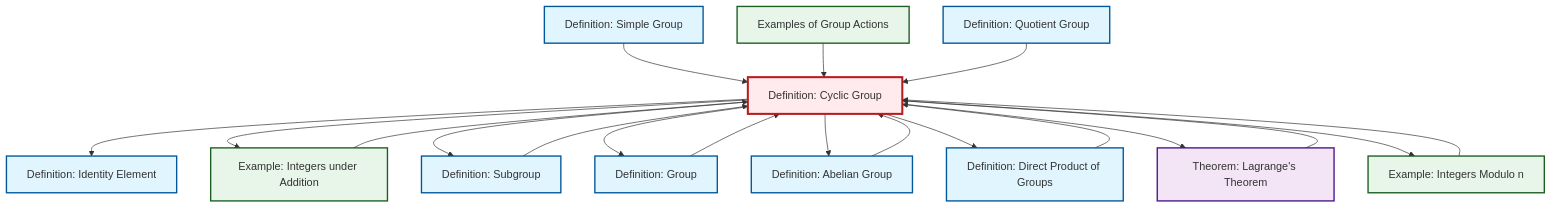
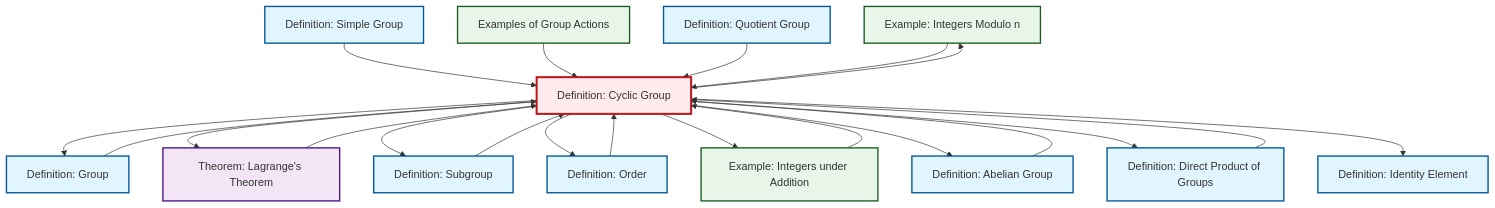
The diagram in content/en/algebra/def-cyclic-group.qmd (RK0429/ModernMath), drawn with Mermaid before and after one commit. The commit also changed other lines of this file and 36 other files, not shown here.

````diff
--- a/content/en/algebra/def-cyclic-group.qmd
+++ b/content/en/algebra/def-cyclic-group.qmd
@@ -97,51 +100,55 @@
 ```{mermaid}
 %%| fig-cap: "Local dependency graph"
 graph TD
     classDef definition fill:#e1f5fe,stroke:#01579b,stroke-width:2px
     classDef theorem fill:#f3e5f5,stroke:#4a148c,stroke-width:2px
     classDef axiom fill:#fff3e0,stroke:#e65100,stroke-width:2px
     classDef example fill:#e8f5e9,stroke:#1b5e20,stroke-width:2px
     classDef current fill:#ffebee,stroke:#b71c1c,stroke-width:3px
+    ex-quotient-integers-mod-n["Example: Integers Modulo n"]:::example
+    def-group["Definition: Group"]:::definition
+    def-cyclic-group["Definition: Cyclic Group"]:::definition
+    thm-lagrange["Theorem: Lagrange's Theorem"]:::theorem
     def-quotient-group["Definition: Quotient Group"]:::definition
+    def-subgroup["Definition: Subgroup"]:::definition
+    def-order["Definition: Order"]:::definition
+    def-simple-group["Definition: Simple Group"]:::definition
     def-direct-product["Definition: Direct Product of Groups"]:::definition
+    def-identity-element["Definition: Identity Element"]:::definition
+    ex-integers-addition["Example: Integers under Addition"]:::example
     def-abelian-group["Definition: Abelian Group"]:::definition
-    def-subgroup["Definition: Subgroup"]:::definition
-    ex-integers-addition["Example: Integers under Addition"]:::example
-    def-cyclic-group["Definition: Cyclic Group"]:::definition
-    ex-quotient-integers-mod-n["Example: Integers Modulo n"]:::example
-    def-simple-group["Definition: Simple Group"]:::definition
-    def-group["Definition: Group"]:::definition
     ex-group-action-examples["Examples of Group Actions"]:::example
-    thm-lagrange["Theorem: Lagrange's Theorem"]:::theorem
-    def-identity-element["Definition: Identity Element"]:::definition
+    def-direct-product --> def-cyclic-group
     def-simple-group --> def-cyclic-group
+    def-order --> def-cyclic-group
+    def-group --> def-cyclic-group
+    def-cyclic-group --> def-group
+    ex-group-action-examples --> def-cyclic-group
+    def-cyclic-group --> thm-lagrange
+    def-cyclic-group --> def-subgroup
+    def-cyclic-group --> def-order
+    def-cyclic-group --> ex-integers-addition
+    def-cyclic-group --> def-abelian-group
+    def-quotient-group --> def-cyclic-group
+    def-abelian-group --> def-cyclic-group
     ex-integers-addition --> def-cyclic-group
-    ex-group-action-examples --> def-cyclic-group
+    def-subgroup --> def-cyclic-group
+    def-cyclic-group --> def-direct-product
+    def-cyclic-group --> def-identity-element
+    def-cyclic-group --> ex-quotient-integers-mod-n
+    thm-lagrange --> def-cyclic-group
     ex-quotient-integers-mod-n --> def-cyclic-group
-    def-quotient-group --> def-cyclic-group
-    def-direct-product --> def-cyclic-group
-    def-subgroup --> def-cyclic-group
-    def-cyclic-group --> def-identity-element
-    def-group --> def-cyclic-group
-    def-abelian-group --> def-cyclic-group
-    def-cyclic-group --> ex-integers-addition
-    thm-lagrange --> def-cyclic-group
-    def-cyclic-group --> def-subgroup
-    def-cyclic-group --> def-group
-    def-cyclic-group --> def-abelian-group
-    def-cyclic-group --> def-direct-product
-    def-cyclic-group --> thm-lagrange
-    def-cyclic-group --> ex-quotient-integers-mod-n
     class def-cyclic-group current
+    click ex-quotient-integers-mod-n "ex-quotient-integers-mod-n.html" "Go to Integers Modulo n example"
+    click def-group "def-group.html" "Go to Group definition"
+    click thm-lagrange "thm-lagrange.html" "Go to Lagrange's Theorem theorem"
     click def-quotient-group "def-quotient-group.html" "Go to Quotient Group definition"
+    click def-subgroup "def-subgroup.html" "Go to Subgroup definition"
+    click def-order "def-order.html" "Go to Order definition"
+    click def-simple-group "def-simple-group.html" "Go to Simple Group definition"
     click def-direct-product "def-direct-product.html" "Go to Direct Product of Groups definition"
+    click def-identity-element "def-identity-element.html" "Go to Identity Element definition"
+    click ex-integers-addition "ex-integers-addition.html" "Go to Integers under Addition example"
     click def-abelian-group "def-abelian-group.html" "Go to Abelian Group definition"
-    click def-subgroup "def-subgroup.html" "Go to Subgroup definition"
-    click ex-integers-addition "ex-integers-addition.html" "Go to Integers under Addition example"
-    click ex-quotient-integers-mod-n "ex-quotient-integers-mod-n.html" "Go to Integers Modulo n example"
-    click def-simple-group "def-simple-group.html" "Go to Simple Group definition"
-    click def-group "def-group.html" "Go to Group definition"
     click ex-group-action-examples "ex-group-action-examples.html" "Go to Examples of Group Actions"
-    click thm-lagrange "thm-lagrange.html" "Go to Lagrange's Theorem theorem"
-    click def-identity-element "def-identity-element.html" "Go to Identity Element definition"
 ```
````
